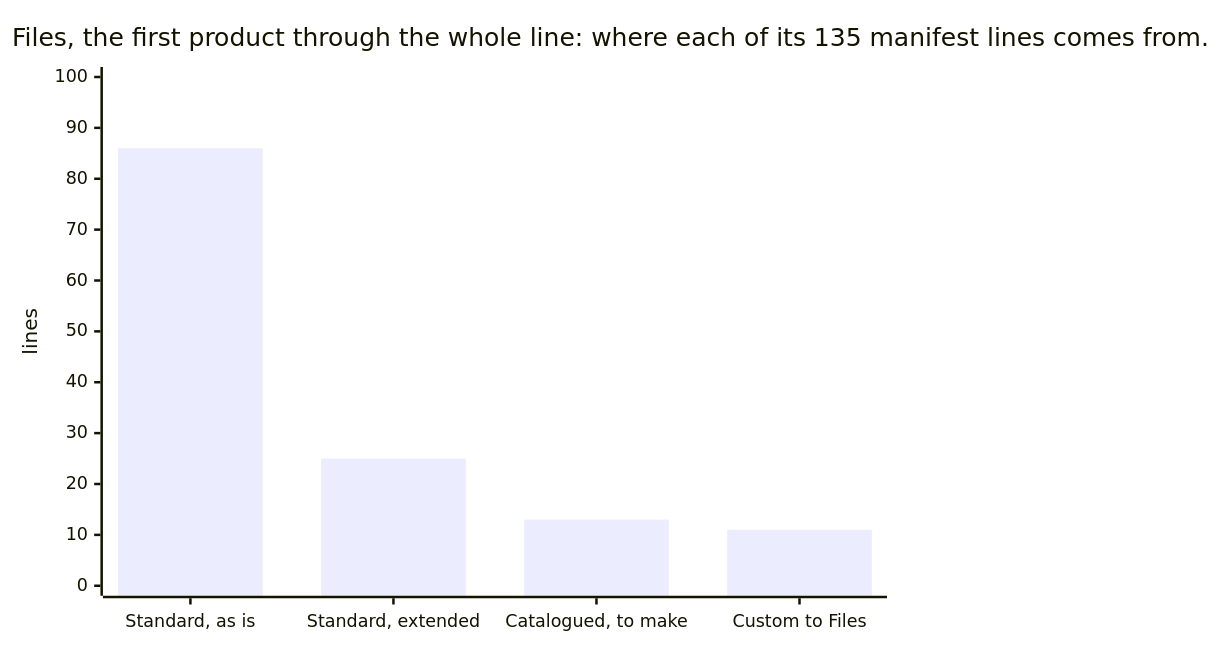
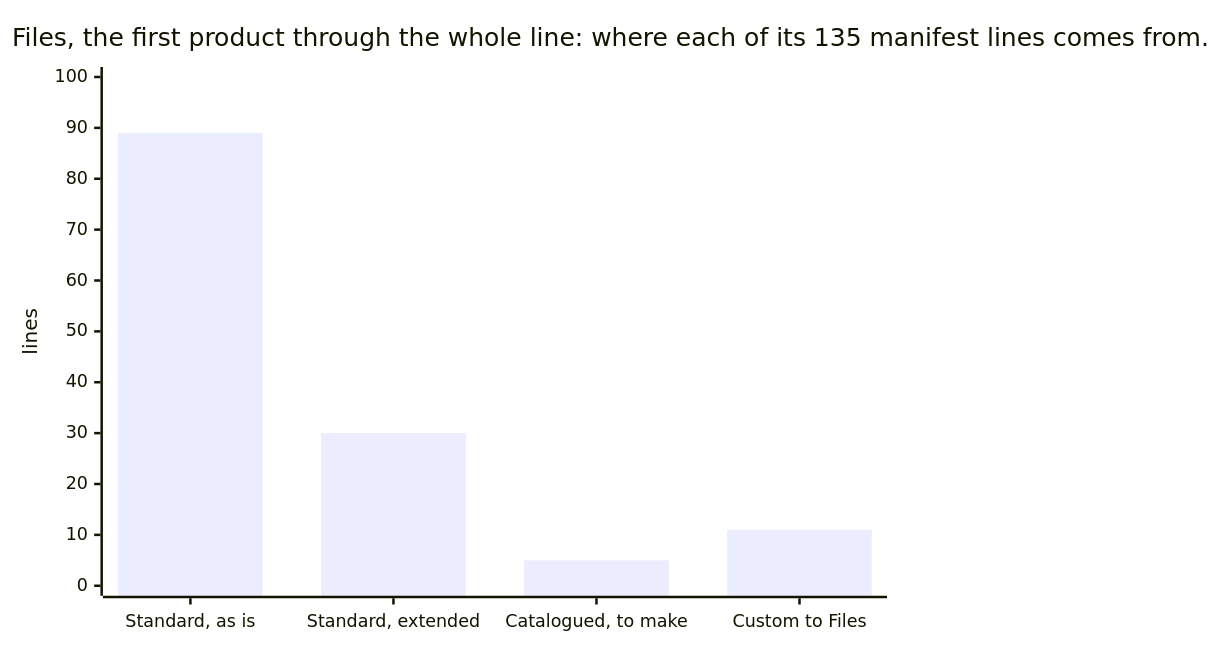
One commit to russlittle/ZTHR changed the second of 3 diagrams in intent/docs/line/engineering.md. Above: the diagram before and after it, drawn with Mermaid. The commit also changed other lines of this file and 153 other files, not shown here.

````diff
--- a/intent/docs/line/engineering.md
+++ b/intent/docs/line/engineering.md
@@ -65,7 +65,7 @@
 ```mermaid
 xychart-beta
   title "Files, the first product through the whole line: where each of its 135 manifest lines comes from."
   x-axis ["Standard, as is", "Standard, extended", "Catalogued, to make", "Custom to Files"]
   y-axis "lines" 0 --> 100
-  bar [86, 25, 13, 11]
+  bar [89, 30, 5, 11]
 ```
````
